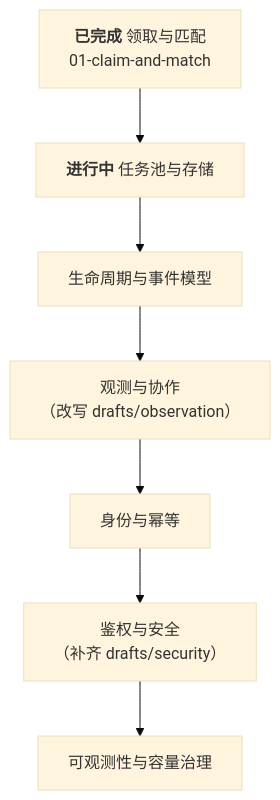
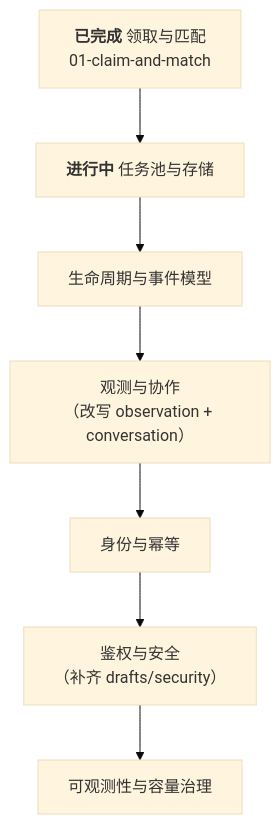
The diagram in docs/design/README.md (charleslyh/nova-chat), drawn with Mermaid (base theme) before and after one commit. The commit also changed other lines of this file and 11 other files, not shown here.

Commit message:
docs(architecture): add D18 conversation layer, arc narrative, and stream adapter comparison

````diff
--- a/docs/design/README.md
+++ b/docs/design/README.md
@@ -42,11 +44,11 @@
 ```mermaid
 %%{init: {"flowchart": {"curve": "basis", "rankSpacing": 55, "nodeSpacing": 26}}}%%
 flowchart TB
     S1["<b>已完成</b> 领取与匹配<br/>01-claim-and-match"] --> S2
     S2["<b>进行中</b> 任务池与存储"] --> S3
     S3["生命周期与事件模型"] --> S4
-    S4["观测与协作<br/>（改写 drafts/observation）"] --> S5
+    S4["观测与协作<br/>（改写 observation + conversation）"] --> S5
     S5["身份与幂等"] --> S6
     S6["鉴权与安全<br/>（补齐 drafts/security）"] --> S7
     S7["可观测性与容量治理"]
 ```
````
